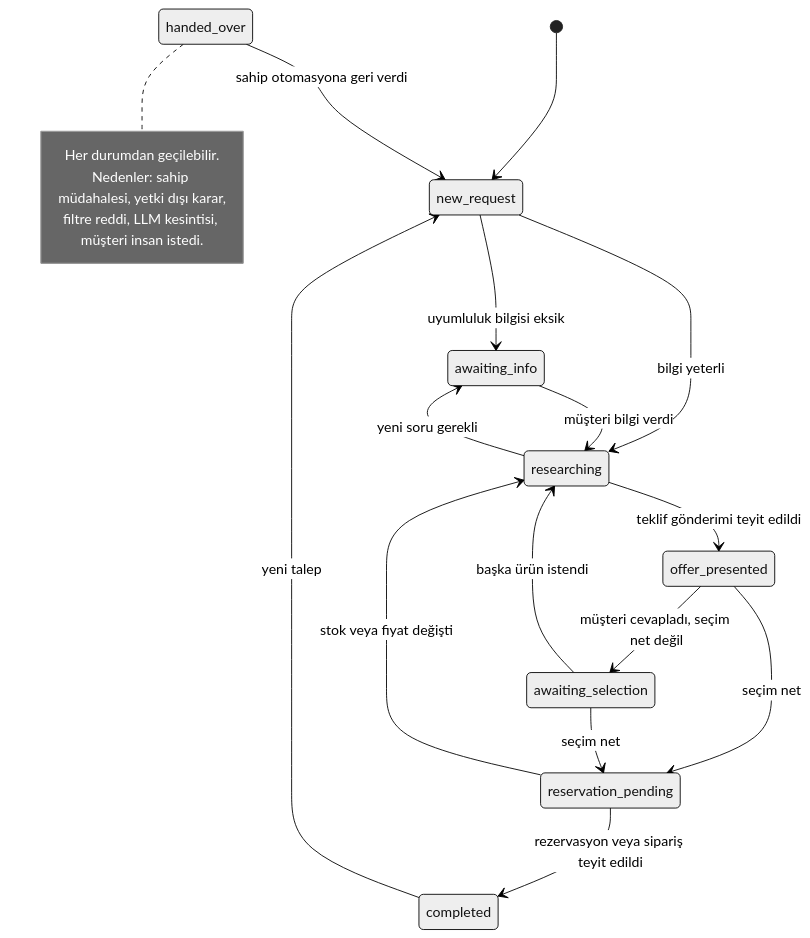
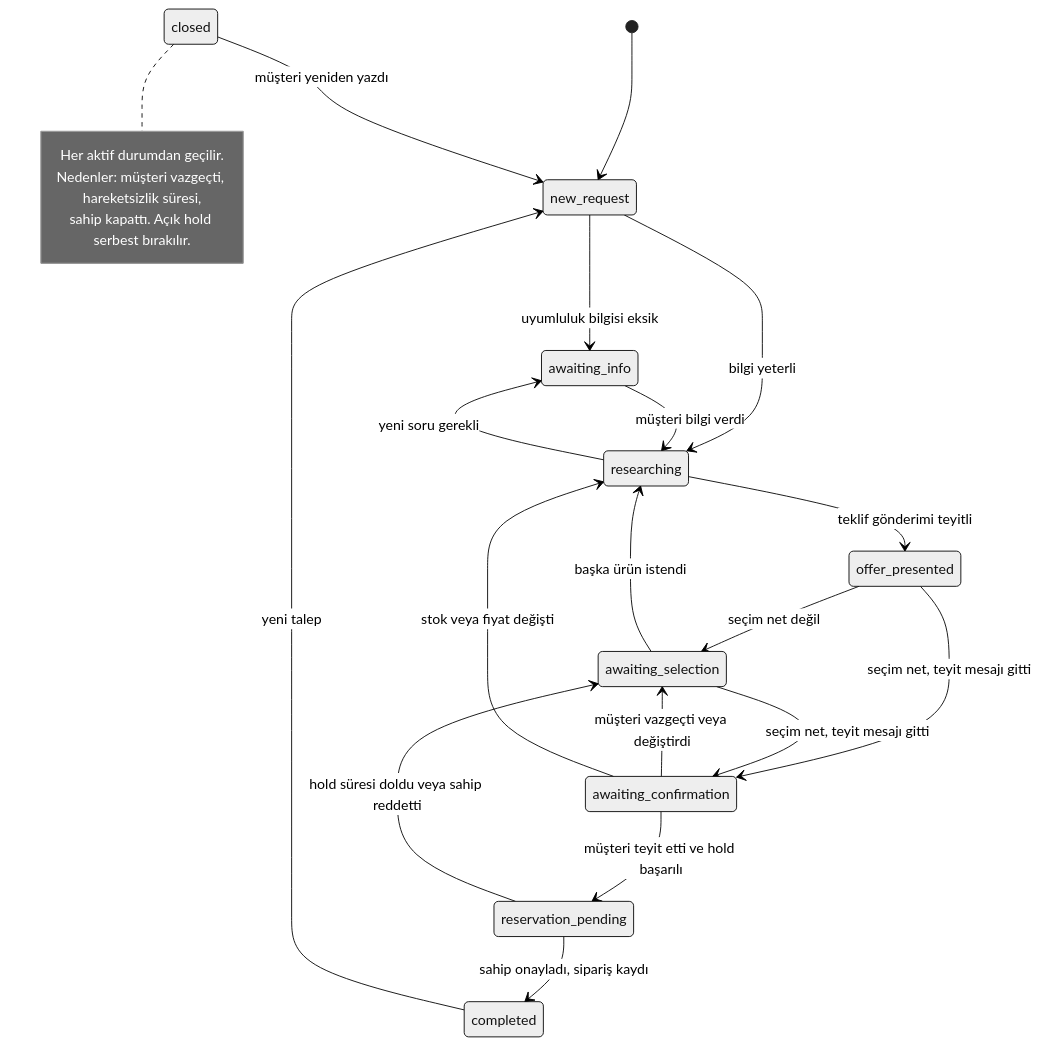
The fifth of 8 diagrams in docs/ARCHITECTURE.md (khalilofnijat-eng/expert-octo-bassoon), drawn with Mermaid (neutral theme) before and after one commit. The commit also changed other lines of this file, not shown here.

First line of the commit message:
Accept architecture rev.2 (T-004); owner approved commit

````diff
--- a/docs/ARCHITECTURE.md
+++ b/docs/ARCHITECTURE.md
@@ -226,22 +233,25 @@
 ```mermaid
 stateDiagram-v2
   [*] --> new_request
   new_request --> awaiting_info: uyumluluk bilgisi eksik
   new_request --> researching: bilgi yeterli
   awaiting_info --> researching: müşteri bilgi verdi
   researching --> awaiting_info: yeni soru gerekli
-  researching --> offer_presented: teklif gönderimi teyit edildi
-  offer_presented --> awaiting_selection: müşteri cevapladı, seçim net değil
-  offer_presented --> reservation_pending: seçim net
-  awaiting_selection --> reservation_pending: seçim net
+  researching --> offer_presented: teklif gönderimi teyitli
+  offer_presented --> awaiting_selection: seçim net değil
+  offer_presented --> awaiting_confirmation: seçim net, teyit mesajı gitti
+  awaiting_selection --> awaiting_confirmation: seçim net, teyit mesajı gitti
   awaiting_selection --> researching: başka ürün istendi
-  reservation_pending --> completed: rezervasyon veya sipariş teyit edildi
-  reservation_pending --> researching: stok veya fiyat değişti
+  awaiting_confirmation --> reservation_pending: müşteri teyit etti ve hold başarılı
+  awaiting_confirmation --> awaiting_selection: müşteri vazgeçti veya değiştirdi
+  awaiting_confirmation --> researching: stok veya fiyat değişti
+  reservation_pending --> completed: sahip onayladı, sipariş kaydı
+  reservation_pending --> awaiting_selection: hold süresi doldu veya sahip reddetti
   completed --> new_request: yeni talep
-  handed_over --> new_request: sahip otomasyona geri verdi
-  note right of handed_over
-    Her durumdan geçilebilir.
-    Nedenler: sahip müdahalesi, yetki dışı karar,
-    filtre reddi, LLM kesintisi, müşteri insan istedi.
+  closed --> new_request: müşteri yeniden yazdı
+  note right of closed
+    Her aktif durumdan geçilir.
+    Nedenler: müşteri vazgeçti, hareketsizlik süresi,
+    sahip kapattı. Açık hold serbest bırakılır.
   end note
 ```
````
